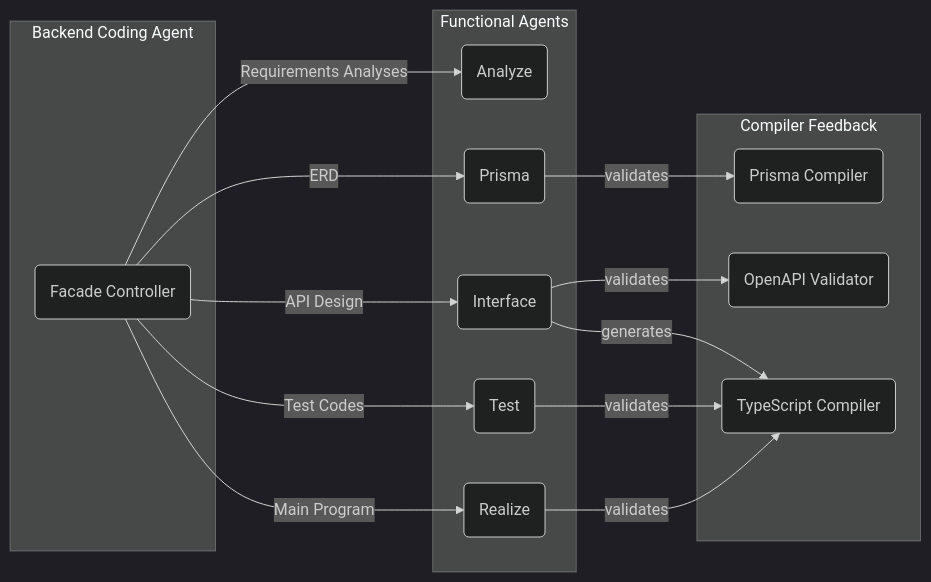
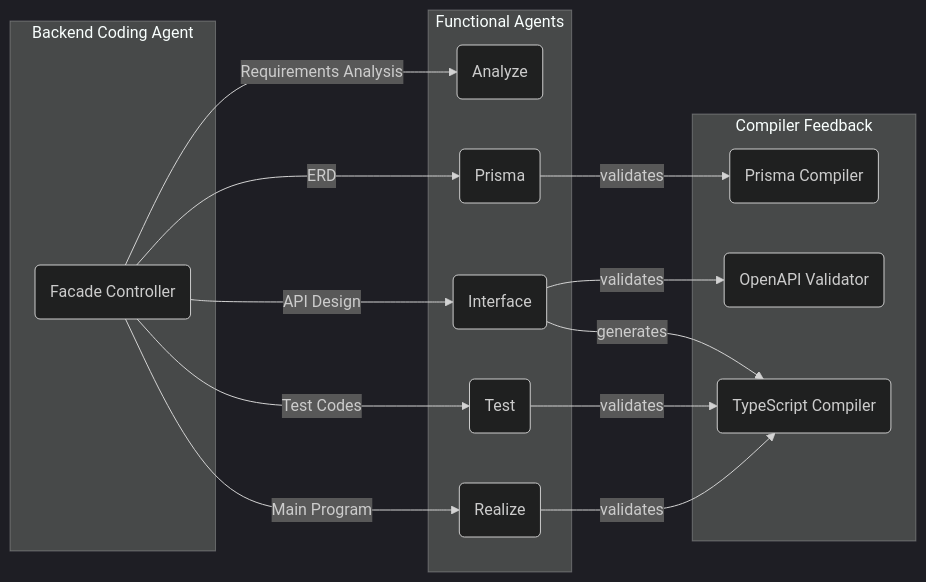
One commit to wrtnlabs/autobe changed the first of 4 diagrams in README.md. Above: the diagram before and after it, drawn with Mermaid (dark theme). The commit also changed other lines of this file, not shown here.

````diff
--- a/README.md
+++ b/README.md
@@ -34,20 +34,20 @@
 ```mermaid
 flowchart LR
 subgraph "Backend Coding Agent"
   coder("Facade Controller")
 end
 subgraph "Functional Agents"
-  coder --"Requirements Analyses"--> analyze("Analyze")
+  coder --"Requirements Analysis"--> analyze("Analyze")
   coder --"ERD"--> prisma("Prisma")
   coder --"API Design"--> interface("Interface")
   coder --"Test Codes" --> test("Test")
   coder --"Main Program" --> realize("Realize")
 end
 subgraph "Compiler Feedback"
   prisma --"validates" --> prismaCompiler("Prisma Compiler")
   interface --"validates" --> openapiValidator("OpenAPI Validator")
   interface --"generates" --> tsCompiler("TypeScript Compiler")
   test --"validates" --> tsCompiler("TypeScript Compiler")
   realize --"validates" --> tsCompiler("TypeScript Compiler")
 end
 ```
````
